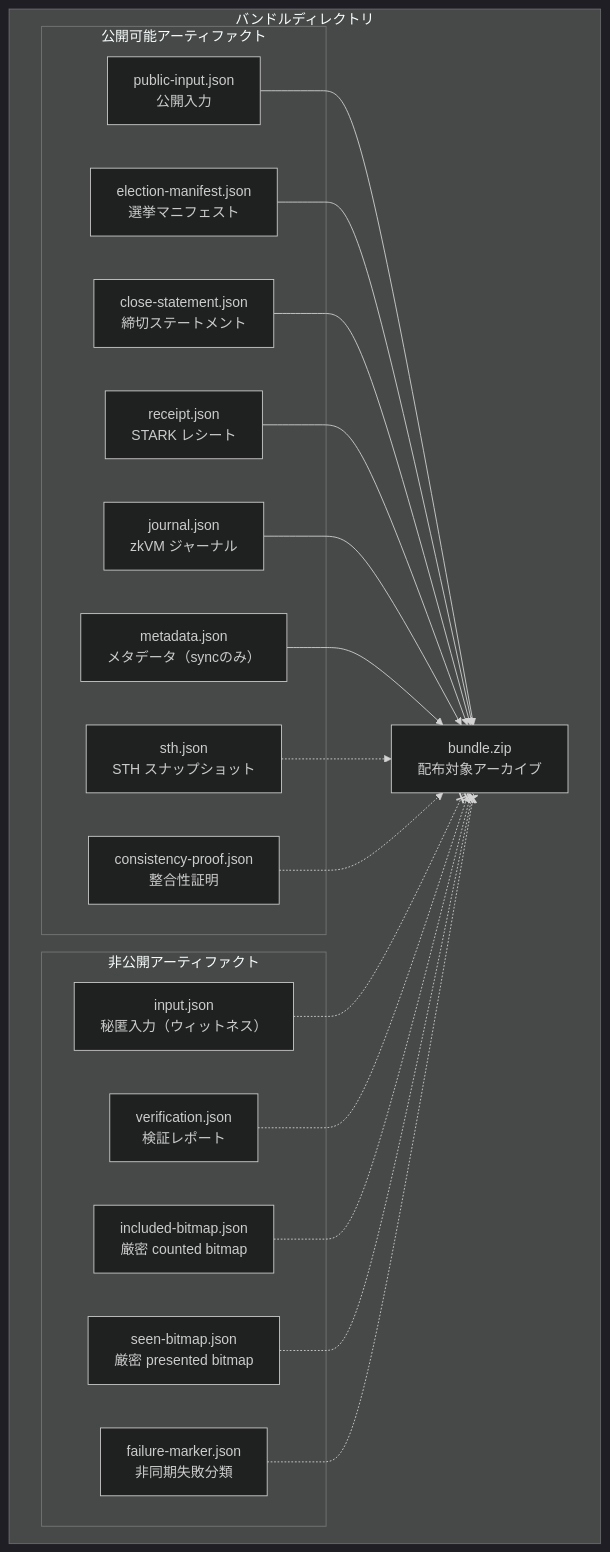
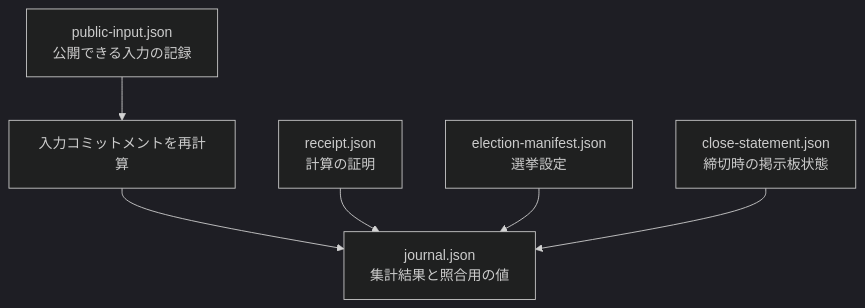
Before and after one commit to hwatanabe-jp/stark-ballot-simulator-public: the diagram in public-book/src/verification/bundle-structure.md, drawn with Mermaid (dark theme). The commit also changed other lines of this file and 1197 other files, not shown here.

````diff
--- a/public-book/src/verification/bundle-structure.md
+++ b/public-book/src/verification/bundle-structure.md
@@ -17,39 +5,8 @@
 ```mermaid
 flowchart TB
-  subgraph "バンドルディレクトリ"
-    subgraph "公開可能アーティファクト"
-      PI["public-input.json<br/>公開入力"]
-      EM["election-manifest.json<br/>選挙マニフェスト"]
-      CS["close-statement.json<br/>締切ステートメント"]
-      RC["receipt.json<br/>STARK レシート"]
-      JN["journal.json<br/>zkVM ジャーナル"]
-      MT["metadata.json<br/>メタデータ（syncのみ）"]
-      STH["sth.json<br/>STH スナップショット"]
-      CP["consistency-proof.json<br/>整合性証明"]
-    end
-
-    subgraph "非公開アーティファクト"
-      IN["input.json<br/>秘匿入力（ウィットネス）"]
-      VR["verification.json<br/>検証レポート"]
-      IB["included-bitmap.json<br/>厳密 counted bitmap"]
-      SB["seen-bitmap.json<br/>厳密 presented bitmap"]
-      FM["failure-marker.json<br/>非同期失敗分類"]
-    end
-
-    BZ["bundle.zip<br/>配布対象アーカイブ"]
-  end
-
-  PI --> BZ
-  EM --> BZ
-  CS --> BZ
-  RC --> BZ
-  JN --> BZ
-  MT --> BZ
-  STH -.-> BZ
-  CP -.-> BZ
-  IN -.-x BZ
-  VR -.-x BZ
-  IB -.-x BZ
-  SB -.-x BZ
-  FM -.-x BZ
+  P["public-input.json<br/>公開できる入力の記録"] --> C["入力コミットメントを再計算"]
+  C --> J["journal.json<br/>集計結果と照合用の値"]
+  R["receipt.json<br/>計算の証明"] --> J
+  E["election-manifest.json<br/>選挙設定"] --> J
+  S["close-statement.json<br/>締切時の掲示板状態"] --> J
 ```
````
